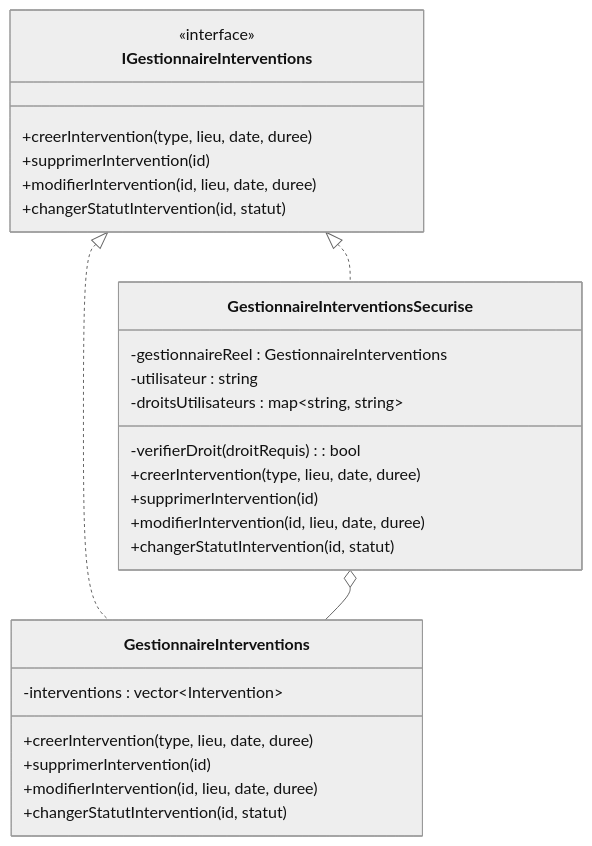
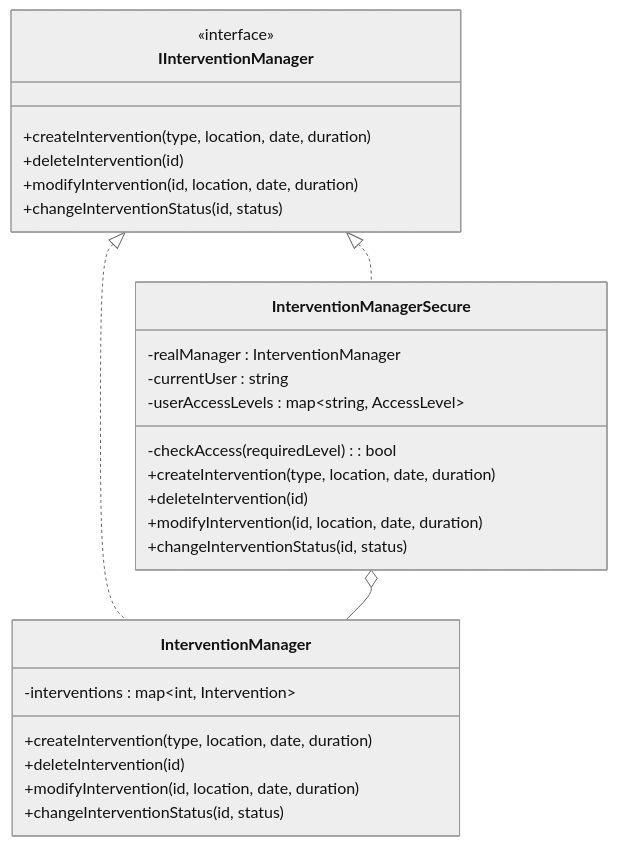
Before and after one commit to Krys012/TechInterventionPlanner: the fifth of 6 diagrams in README.md, drawn with Mermaid (neutral theme). The commit also changed other lines of this file and 1 other file, not shown here.

````diff
--- a/README.md
+++ b/README.md
@@ -242,31 +248,31 @@
 ```mermaid
 classDiagram
-    class IGestionnaireInterventions {
-        <<interface>>
-        +creerIntervention(type, lieu, date, duree)
-        +supprimerIntervention(id)
-        +modifierIntervention(id, lieu, date, duree)
-        +changerStatutIntervention(id, statut)
-    }
-    class GestionnaireInterventions {
-        -interventions : vector~Intervention~
-        +creerIntervention(type, lieu, date, duree)
-        +supprimerIntervention(id)
-        +modifierIntervention(id, lieu, date, duree)
-        +changerStatutIntervention(id, statut)
-    }
-    class GestionnaireInterventionsSecurise {
-        -gestionnaireReel : GestionnaireInterventions
-        -utilisateur : string
-        -droitsUtilisateurs : map~string, string~
-        -verifierDroit(droitRequis) : bool
-        +creerIntervention(type, lieu, date, duree)
-        +supprimerIntervention(id)
-        +modifierIntervention(id, lieu, date, duree)
-        +changerStatutIntervention(id, statut)
-    }
-    
-    IGestionnaireInterventions <|.. GestionnaireInterventions
-    IGestionnaireInterventions <|.. GestionnaireInterventionsSecurise
-    GestionnaireInterventionsSecurise o-- GestionnaireInterventions
+  class IInterventionManager {
+    <<interface>>
+    +createIntervention(type, location, date, duration)
+    +deleteIntervention(id)
+    +modifyIntervention(id, location, date, duration)
+    +changeInterventionStatus(id, status)
+  }
+  class InterventionManager {
+    -interventions : map~int, Intervention~
+    +createIntervention(type, location, date, duration)
+    +deleteIntervention(id)
+    +modifyIntervention(id, location, date, duration)
+    +changeInterventionStatus(id, status)
+  }
+  class InterventionManagerSecure {
+    -realManager : InterventionManager
+    -currentUser : string
+    -userAccessLevels : map~string, AccessLevel~
+    -checkAccess(requiredLevel) : bool
+    +createIntervention(type, location, date, duration)
+    +deleteIntervention(id)
+    +modifyIntervention(id, location, date, duration)
+    +changeInterventionStatus(id, status)
+  }
+
+  IInterventionManager <|.. InterventionManager
+  IInterventionManager <|.. InterventionManagerSecure
+  InterventionManagerSecure o-- InterventionManager
 ```
````
